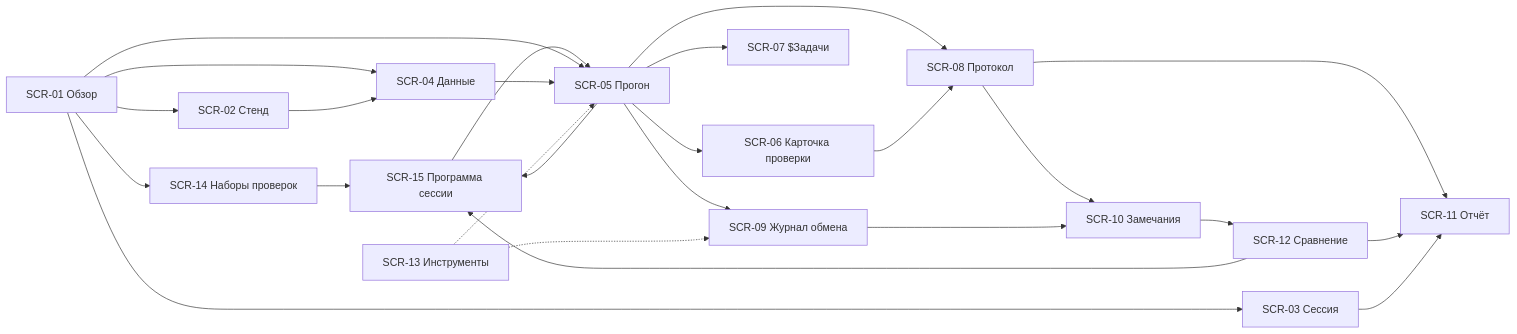
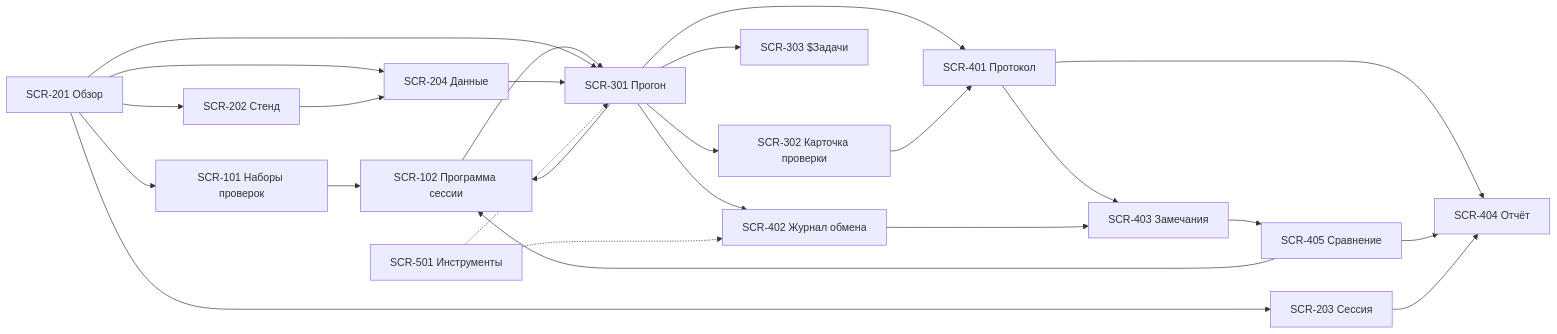
One commit to kiselevsl77-dot/TrainingServerAcceptance changed the diagram in docs/16. Макет интерфейса ПУЛЬТА (целевые экраны).md. Above: the diagram before and after it, drawn with Mermaid. The commit also changed other lines of this file and 20 other files, not shown here.

````diff
--- a/docs/16. Макет интерфейса ПУЛЬТА (целевые экраны).md
+++ b/docs/16. Макет интерфейса ПУЛЬТА (целевые экраны).md
@@ -831,27 +831,27 @@
 ```mermaid
 flowchart LR
-    S14["SCR-14 Наборы проверок"] --> S15["SCR-15 Программа сессии"]
-    S15 --> S05["SCR-05 Прогон"]
-    S01["SCR-01 Обзор"] --> S14
-    S01 --> S02["SCR-02 Стенд"]
-    S01 --> S03["SCR-03 Сессия"]
-    S01 --> S04["SCR-04 Данные"]
+    S14["SCR-101 Наборы проверок"] --> S15["SCR-102 Программа сессии"]
+    S15 --> S05["SCR-301 Прогон"]
+    S01["SCR-201 Обзор"] --> S14
+    S01 --> S02["SCR-202 Стенд"]
+    S01 --> S03["SCR-203 Сессия"]
+    S01 --> S04["SCR-204 Данные"]
     S01 --> S05
     S02 --> S04
     S04 --> S05
-    S05 --> S06["SCR-06 Карточка проверки"]
-    S05 --> S07["SCR-07 $Задачи"]
-    S05 --> S08["SCR-08 Протокол"]
+    S05 --> S06["SCR-302 Карточка проверки"]
+    S05 --> S07["SCR-303 $Задачи"]
+    S05 --> S08["SCR-401 Протокол"]
     S05 --> S15
     S06 --> S08
-    S08 --> S10["SCR-10 Замечания"]
-    S05 --> S09["SCR-09 Журнал обмена"]
+    S08 --> S10["SCR-403 Замечания"]
+    S05 --> S09["SCR-402 Журнал обмена"]
     S09 --> S10
-    S10 --> S12["SCR-12 Сравнение"]
-    S08 --> S11["SCR-11 Отчёт"]
+    S10 --> S12["SCR-405 Сравнение"]
+    S08 --> S11["SCR-404 Отчёт"]
     S12 --> S11
     S12 --> S15
     S03 --> S11
-    S13["SCR-13 Инструменты"] -.-> S05
+    S13["SCR-501 Инструменты"] -.-> S05
     S13 -.-> S09
 ```
````
